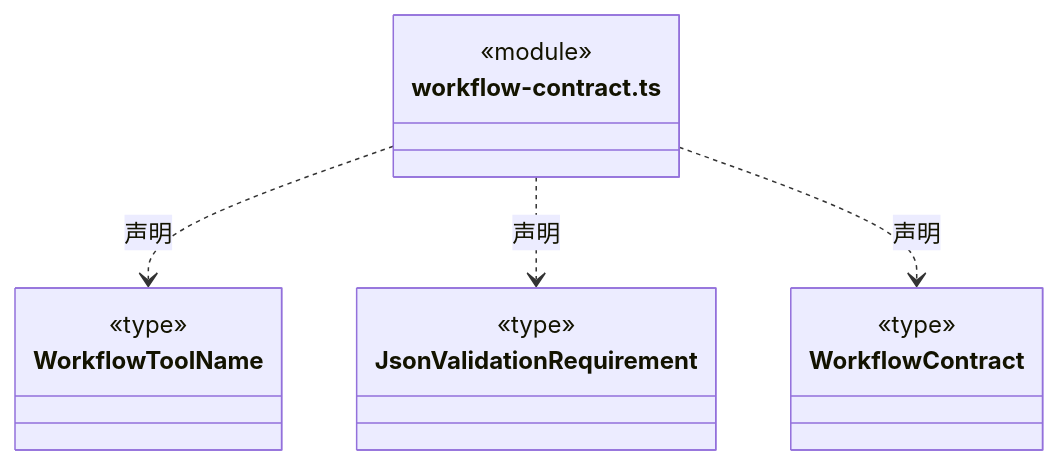
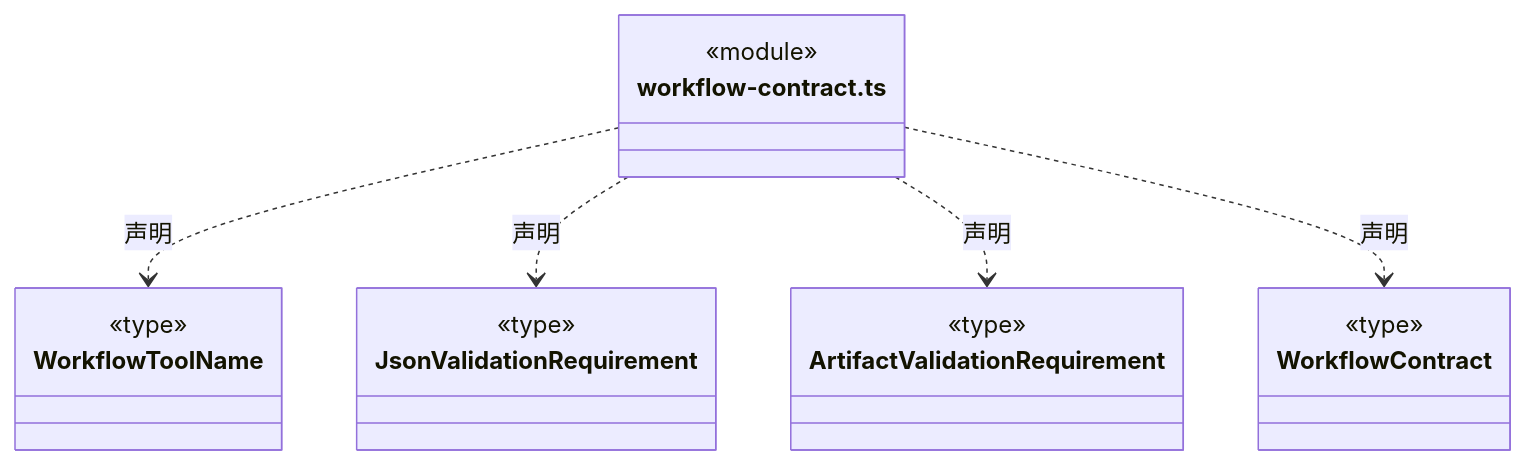
One commit to nan023062/cbim changed diagram 30 of 33 in src/backend/core/workspace/ARCHITECTURE.md. Above: the diagram before and after it, drawn with Mermaid. The commit also changed other lines of this file and 53 other files, not shown here.

````diff
--- a/src/backend/core/workspace/ARCHITECTURE.md
+++ b/src/backend/core/workspace/ARCHITECTURE.md
@@ -642,21 +678,26 @@
 ```mermaid
 classDiagram
 class N_src_backend_core_workspace_workflow_contract_ts["workflow-contract.ts"] {
   <<module>>
 }
 class N_src_backend_core_workspace_workflow_contract_ts_WorkflowToolName["WorkflowToolName"] {
   <<type>>
 
 }
 N_src_backend_core_workspace_workflow_contract_ts ..> N_src_backend_core_workspace_workflow_contract_ts_WorkflowToolName : 声明
 class N_src_backend_core_workspace_workflow_contract_ts_JsonValidationRequirement["JsonValidationRequirement"] {
   <<type>>
 
 }
 N_src_backend_core_workspace_workflow_contract_ts ..> N_src_backend_core_workspace_workflow_contract_ts_JsonValidationRequirement : 声明
+class N_src_backend_core_workspace_workflow_contract_ts_ArtifactValidationRequirement["ArtifactValidationRequirement"] {
+  <<type>>
+
+}
+N_src_backend_core_workspace_workflow_contract_ts ..> N_src_backend_core_workspace_workflow_contract_ts_ArtifactValidationRequirement : 声明
 class N_src_backend_core_workspace_workflow_contract_ts_WorkflowContract["WorkflowContract"] {
   <<type>>
 
 }
 N_src_backend_core_workspace_workflow_contract_ts ..> N_src_backend_core_workspace_workflow_contract_ts_WorkflowContract : 声明
 ```
````
